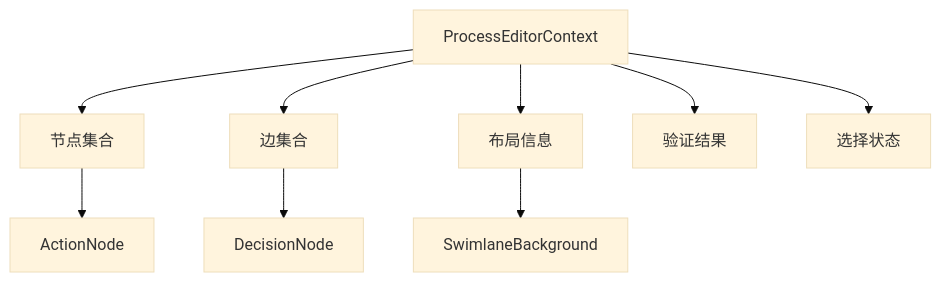
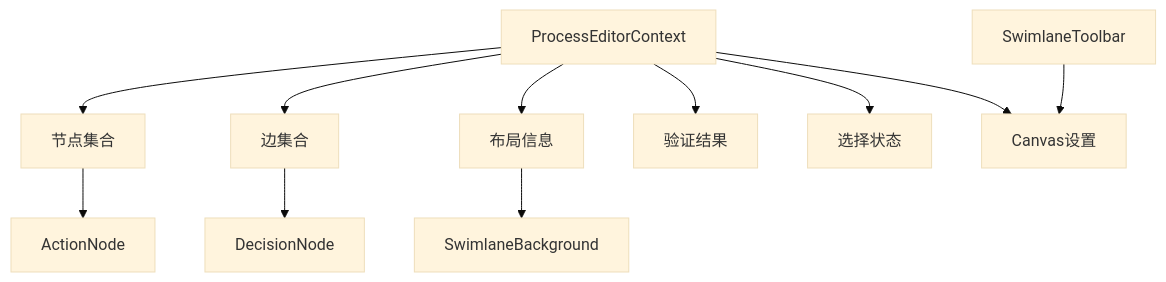
Before and after one commit to kai-cui1/ai-prototype-manager: the ninth of 10 diagrams in .qoder/repowiki/zh/content/核心模块/业务流程管理模块.md, drawn with Mermaid (base theme). The commit also changed other lines of this file and 114 other files, not shown here.

First line of the commit message:
docs: 路线图/AGENTS/知识库同步 + 系统架构图

````diff
--- a/.qoder/repowiki/zh/content/核心模块/业务流程管理模块.md
+++ b/.qoder/repowiki/zh/content/核心模块/业务流程管理模块.md
@@ -275,11 +435,13 @@
 ```mermaid
 graph TB
 PEC["ProcessEditorContext"] --> NC["节点集合"]
 PEC --> EC["边集合"]
 PEC --> LC["布局信息"]
 PEC --> VC["验证结果"]
 PEC --> SC["选择状态"]
+PEC --> CSS["Canvas设置"]
 NC --> AC["ActionNode"]
 EC --> DEC["DecisionNode"]
 LC --> SB["SwimlaneBackground"]
+ST["SwimlaneToolbar"] --> CSS
 ```
````
